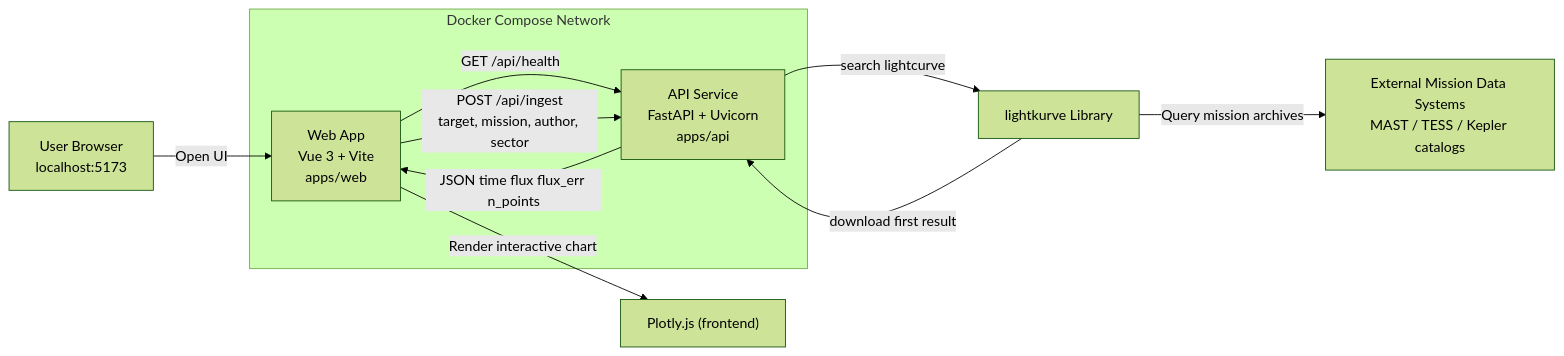
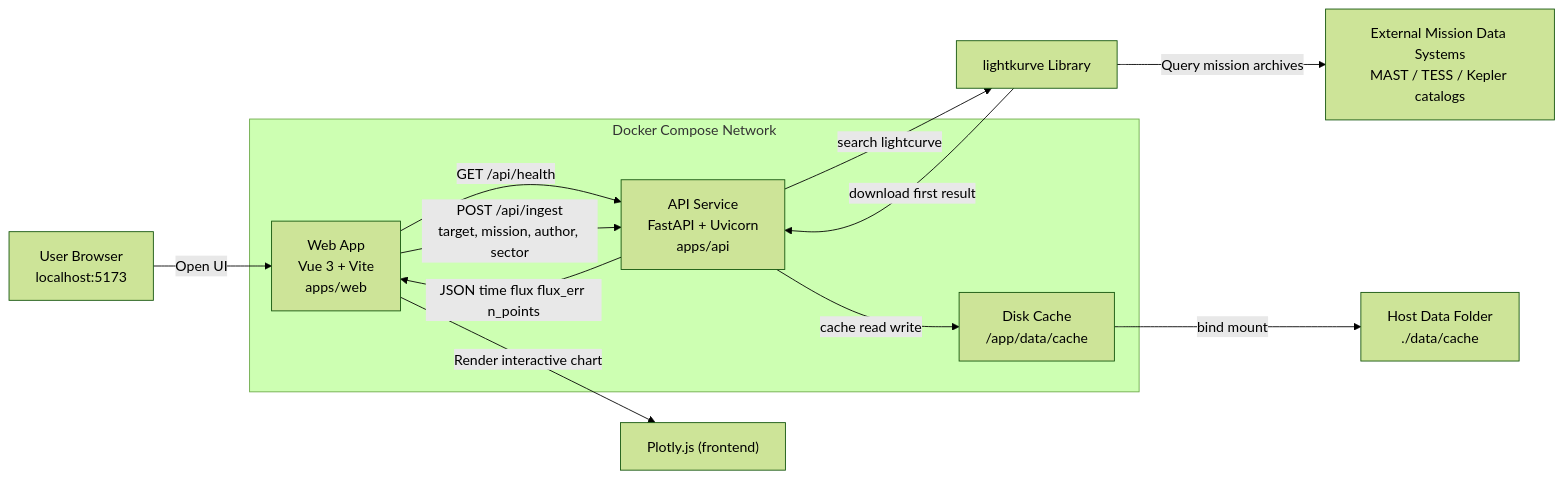
Before and after one commit to pcookson/astrosignals: the diagram in docs/architecture.md, drawn with Mermaid (forest theme). The commit also changed other lines of this file and 1 other file, not shown here.

Commit message:
updated diagram with new caching and added gitignore to ignore mvp caching folders

````diff
--- a/docs/architecture.md
+++ b/docs/architecture.md
@@ -3,18 +3,21 @@
 ```mermaid
 flowchart LR
     User["User Browser<br/>localhost:5173"] -->|Open UI| Web["Web App<br/>Vue 3 + Vite<br/>apps/web"]
     Web -->|GET /api/health| API["API Service<br/>FastAPI + Uvicorn<br/>apps/api"]
     Web -->|POST /api/ingest<br/>target, mission, author, sector| API
 
     API -->|search lightcurve| LK["lightkurve Library"]
     LK -->|Query mission archives| Archives["External Mission Data Systems<br/>MAST / TESS / Kepler catalogs"]
     LK -->|download first result| API
+    API -->|cache read write| Cache["Disk Cache<br/>/app/data/cache"]
+    Cache -->|bind mount| HostData["Host Data Folder<br/>./data/cache"]
 
     API -->|JSON time flux flux_err n_points| Web
     Web -->|Render interactive chart| Plotly["Plotly.js (frontend)"]
 
     subgraph Compose["Docker Compose Network"]
       Web
       API
+      Cache
     end
 ```
````
